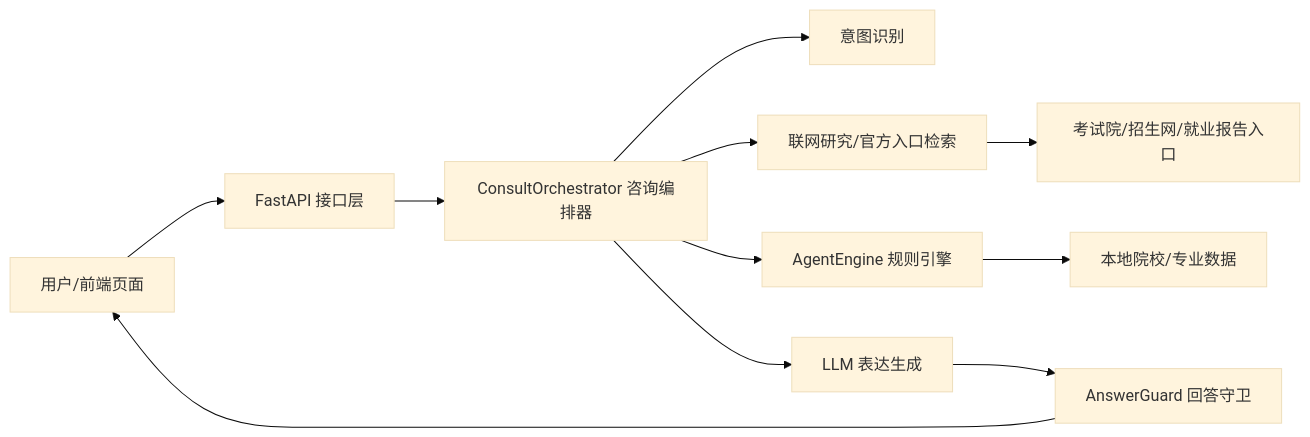
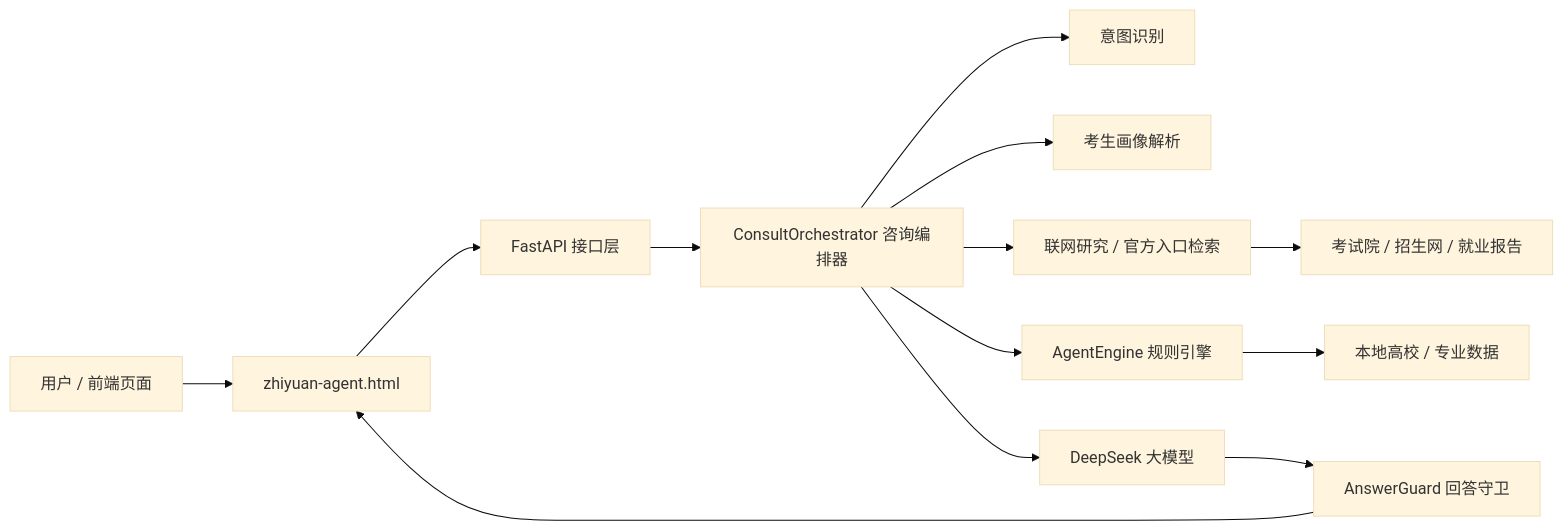
One commit to 2327937233/zhangxuefeng-gaokao-registration-website changed the diagram in README.md. Above: the diagram before and after it, drawn with Mermaid (base theme). The commit also changed other lines of this file, not shown here.

````diff
--- a/README.md
+++ b/README.md
@@ -57,13 +211,15 @@
 ```mermaid
 flowchart LR
-    U["用户/前端页面"] --> A["FastAPI 接口层"]
-    A --> C["ConsultOrchestrator 咨询编排器"]
+    U["用户 / 前端页面"] --> F["zhiyuan-agent.html"]
+    F --> API["FastAPI 接口层"]
+    API --> C["ConsultOrchestrator 咨询编排器"]
     C --> I["意图识别"]
-    C --> R["联网研究/官方入口检索"]
-    C --> E["AgentEngine 规则引擎"]
-    C --> L["LLM 表达生成"]
+    C --> P["考生画像解析"]
+    C --> R["联网研究 / 官方入口检索"]
+    C --> A["AgentEngine 规则引擎"]
+    C --> L["DeepSeek 大模型"]
     L --> G["AnswerGuard 回答守卫"]
-    E --> D["本地院校/专业数据"]
-    R --> S["考试院/招生网/就业报告入口"]
-    G --> U
+    A --> D["本地高校 / 专业数据"]
+    R --> O["考试院 / 招生网 / 就业报告"]
+    G --> F
 ```
````
